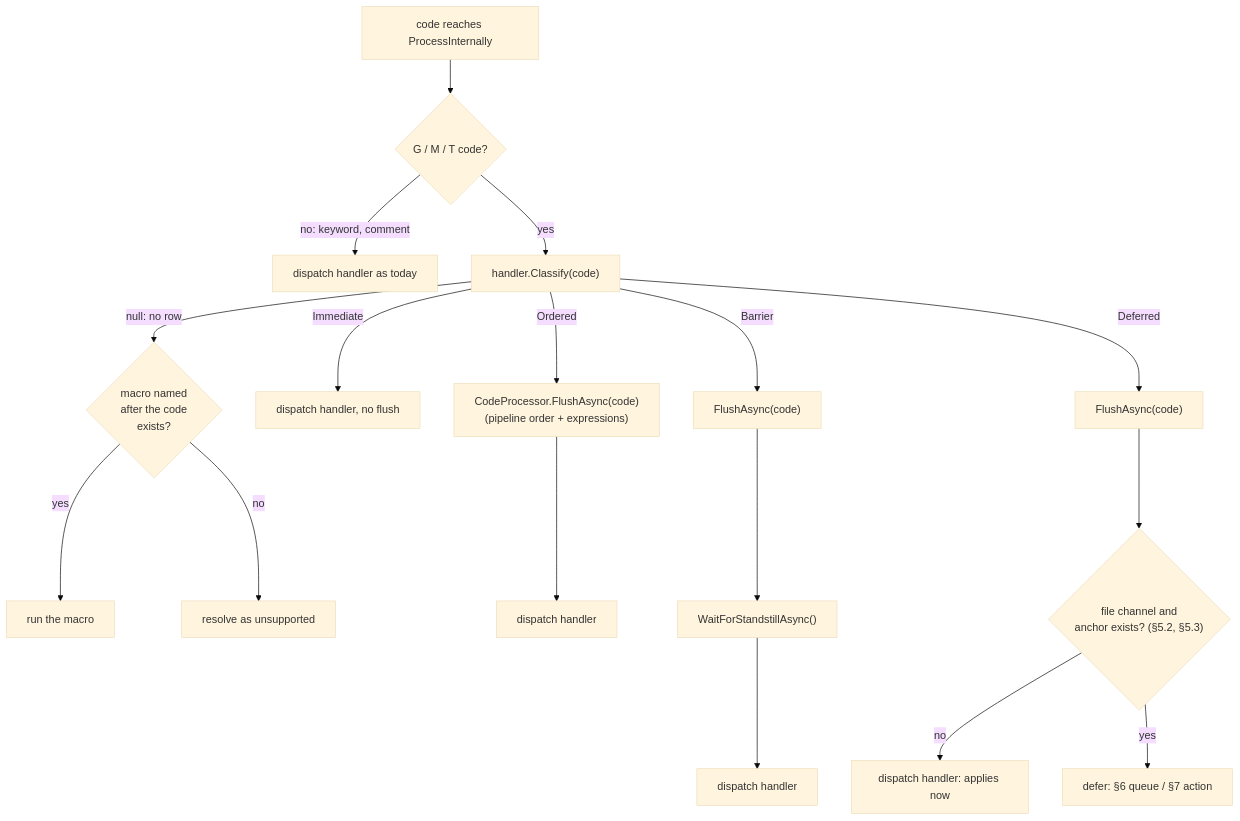
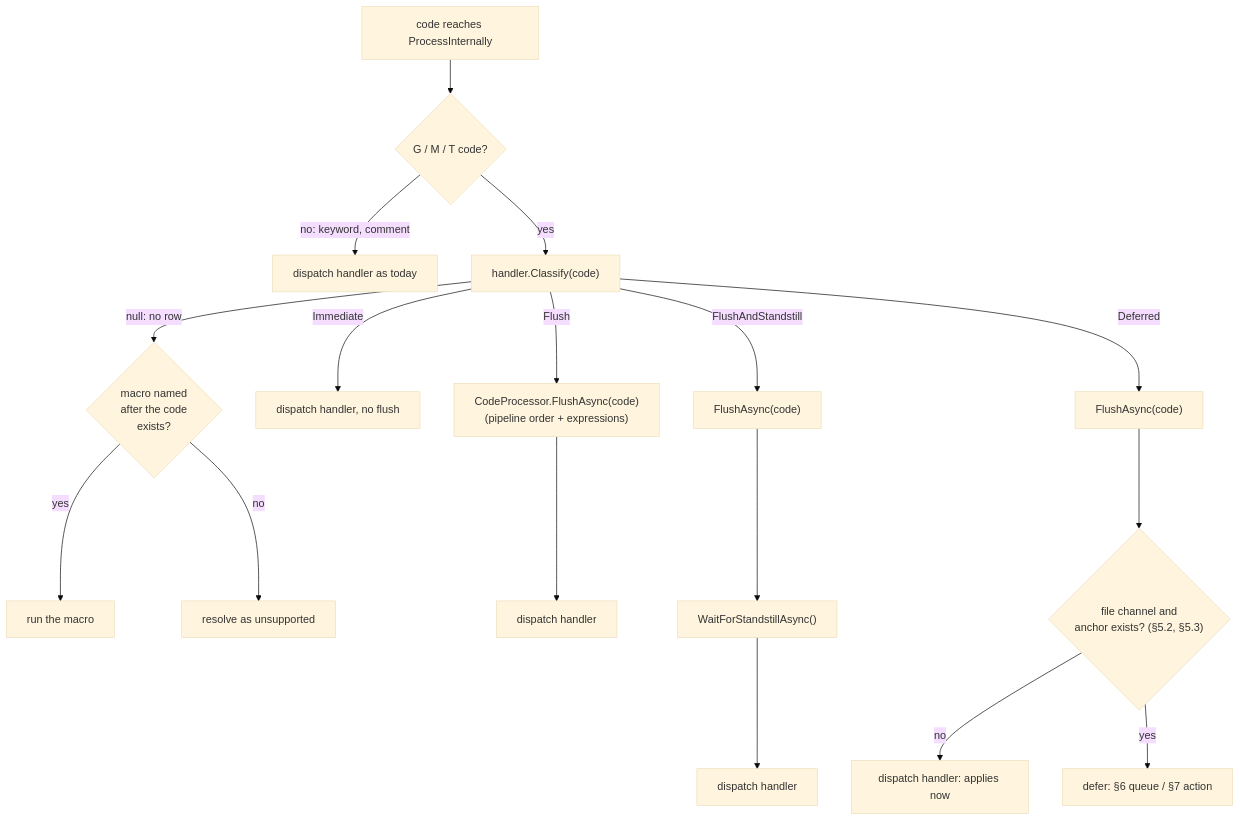
Before and after one commit to Duet3D/DuetSoftwareFramework: the first of 3 diagrams in docs/devel/MOTION_SYNCHRONISED_ACTIONS.md, drawn with Mermaid (base theme). The commit also changed other lines of this file and 2 other files, not shown here.

First line of the commit message:
docs: align the plan and example with the renamed code classes

````diff
--- a/docs/devel/MOTION_SYNCHRONISED_ACTIONS.md
+++ b/docs/devel/MOTION_SYNCHRONISED_ACTIONS.md
@@ -268,15 +269,15 @@
 ```mermaid
 flowchart TD
     A[code reaches ProcessInternally] --> B{G / M / T code?}
     B -- no: keyword, comment --> D0[dispatch handler as today]
     B -- yes --> C["handler.Classify(code)"]
     C -- "null: no row" --> M0{"macro named<br/>after the code<br/>exists?"}
     M0 -- yes --> M1[run the macro]
     M0 -- no --> M2["resolve as unsupported"]
     C -- Immediate --> D1[dispatch handler, no flush]
-    C -- Ordered --> F1["CodeProcessor.FlushAsync(code)<br/>(pipeline order + expressions)"] --> D2[dispatch handler]
-    C -- Barrier --> F2["FlushAsync(code)"] --> W["WaitForStandstillAsync()"] --> D3[dispatch handler]
+    C -- Flush --> F1["CodeProcessor.FlushAsync(code)<br/>(pipeline order + expressions)"] --> D2[dispatch handler]
+    C -- FlushAndStandstill --> F2["FlushAsync(code)"] --> W["WaitForStandstillAsync()"] --> D3[dispatch handler]
     C -- Deferred --> F3["FlushAsync(code)"] --> G{"file channel and<br/>anchor exists? (§5.2, §5.3)"}
     G -- no --> D4[dispatch handler: applies now]
     G -- yes --> H["defer: §6 queue / §7 action"]
 ```
````
